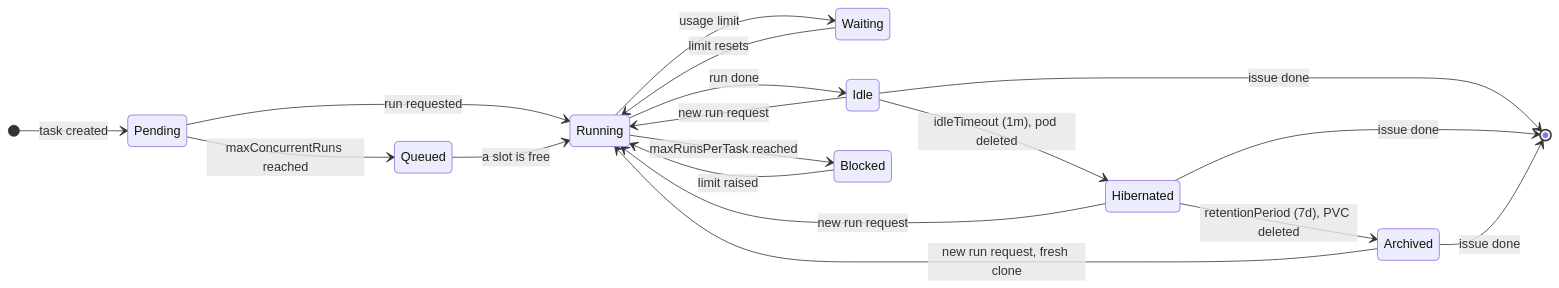
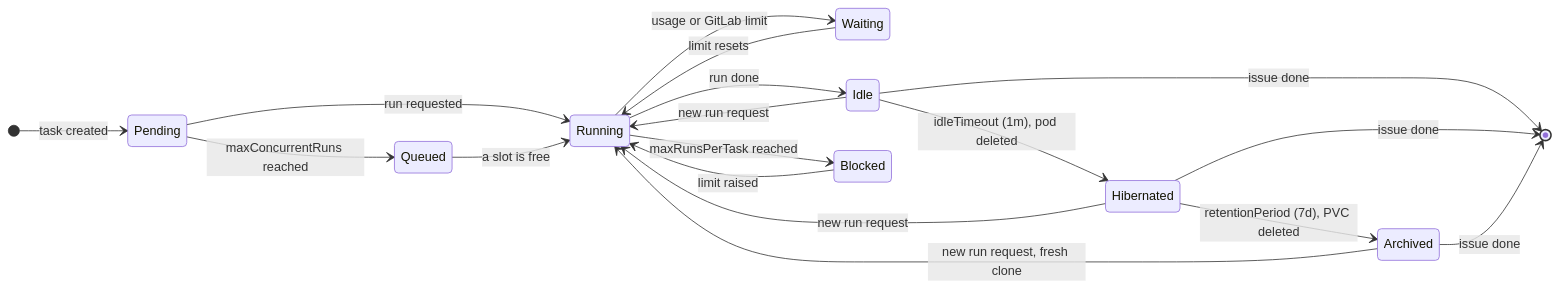
One commit to jonathanwiemers/ai-operator changed the fourth of 8 diagrams in docs/contributing/design.md. Above: the diagram before and after it, drawn with Mermaid. The commit also changed other lines of this file and 11 other files, not shown here.

Commit message:
Docs: GitLab rate limit pacing, the gitlab block, the gate backstop, comment-box commands; archive the spec

````diff
--- a/docs/contributing/design.md
+++ b/docs/contributing/design.md
@@ -509,21 +509,21 @@
 ```mermaid
 stateDiagram-v2
     direction LR
     [*] --> Pending: task created
     Pending --> Running: run requested
     Pending --> Queued: maxConcurrentRuns reached
     Queued --> Running: a slot is free
-    Running --> Waiting: usage limit
+    Running --> Waiting: usage or GitLab limit
     Waiting --> Running: limit resets
     Running --> Idle: run done
     Idle --> Running: new run request
     Idle --> Hibernated: idleTimeout (1m), pod deleted
     Hibernated --> Running: new run request
     Hibernated --> Archived: retentionPeriod (7d), PVC deleted
     Archived --> Running: new run request, fresh clone
     Running --> Blocked: maxRunsPerTask reached
     Blocked --> Running: limit raised
     Idle --> [*]: issue done
     Hibernated --> [*]: issue done
     Archived --> [*]: issue done
 ```
````
